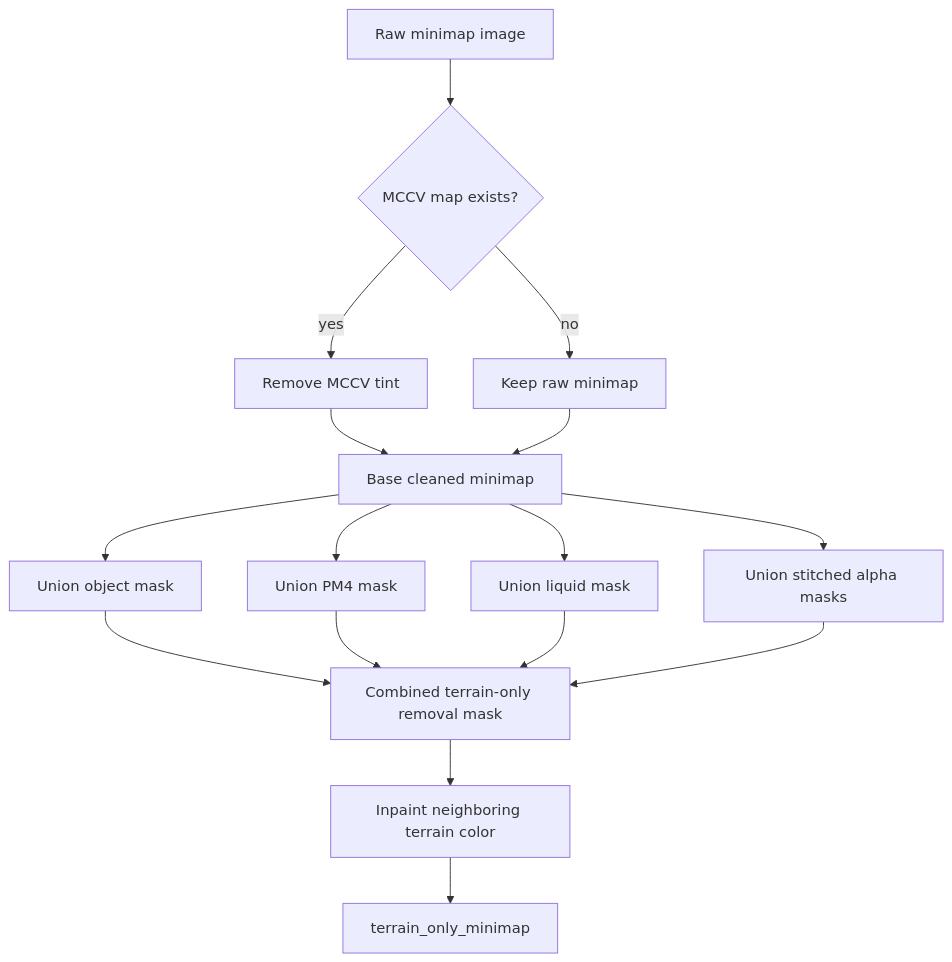
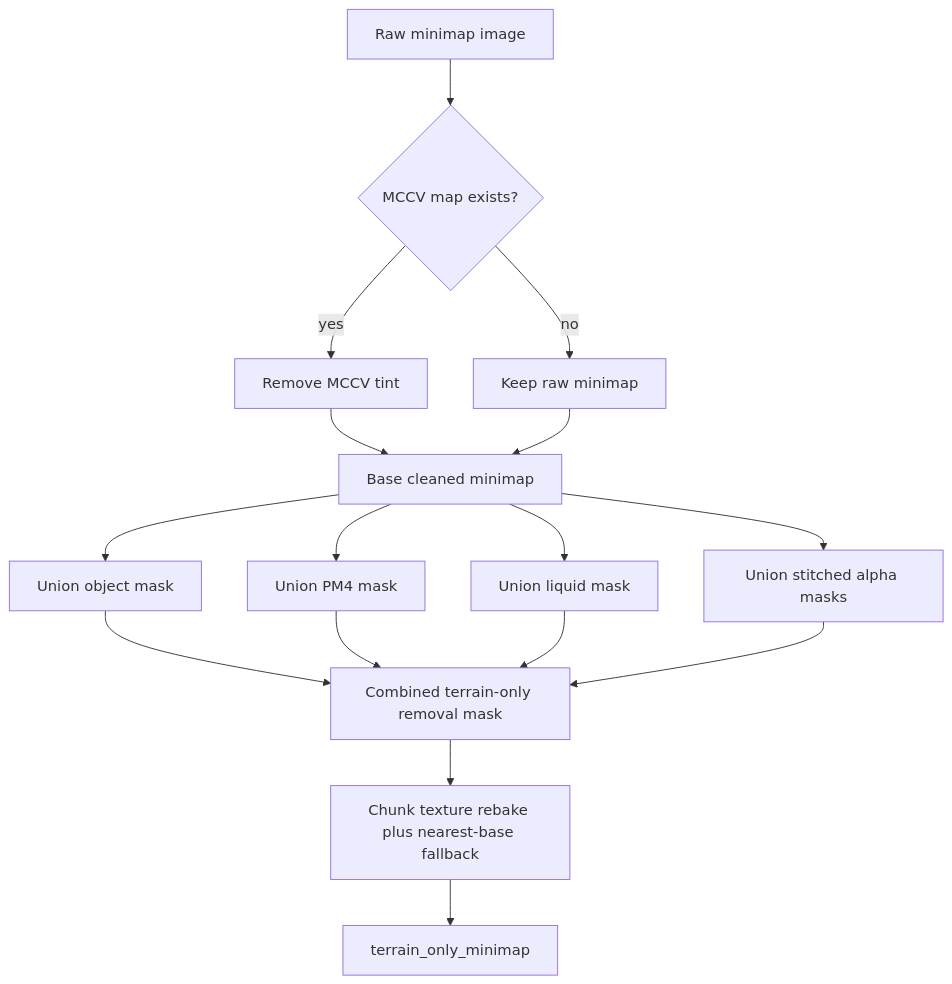
One commit to akspa0/parp-tools changed the first of 2 diagrams in gillijimproject_refactor/docs/v75-model-architecture-guide.md. Above: the diagram before and after it, drawn with Mermaid. The commit also changed other lines of this file and 23 other files, not shown here.

````diff
--- a/gillijimproject_refactor/docs/v75-model-architecture-guide.md
+++ b/gillijimproject_refactor/docs/v75-model-architecture-guide.md
@@ -77,18 +77,18 @@
 ```mermaid
 flowchart TD
     A[Raw minimap image] --> B{MCCV map exists?}
     B -->|yes| C[Remove MCCV tint]
     B -->|no| D[Keep raw minimap]
     C --> E[Base cleaned minimap]
     D --> E
     E --> F[Union object mask]
     E --> G[Union PM4 mask]
     E --> H[Union liquid mask]
     E --> I[Union stitched alpha masks]
     F --> K[Combined terrain-only removal mask]
     G --> K
     H --> K
     I --> K
-    K --> L[Inpaint neighboring terrain color]
+    K --> L[Chunk texture rebake plus nearest-base fallback]
     L --> M[terrain_only_minimap]
 ```
````
